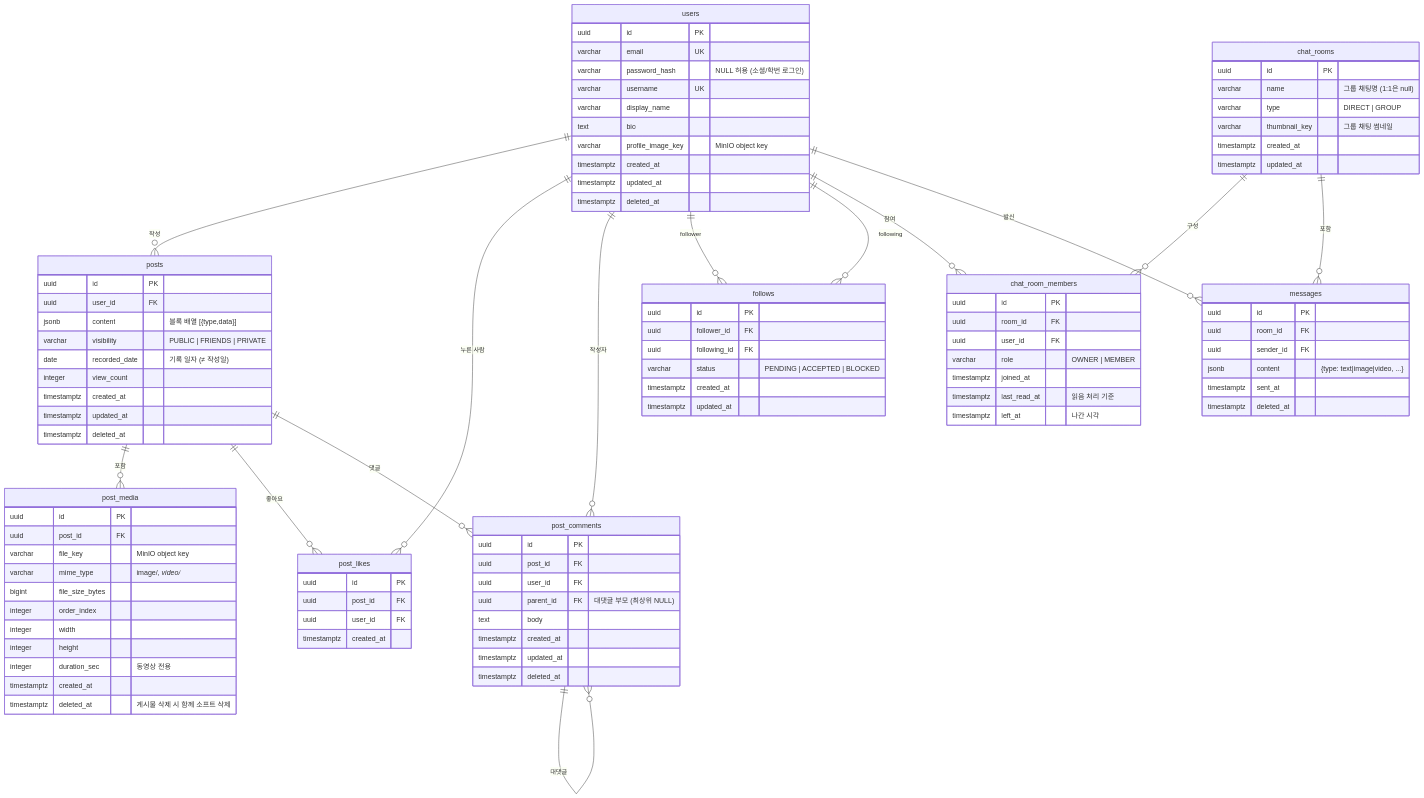
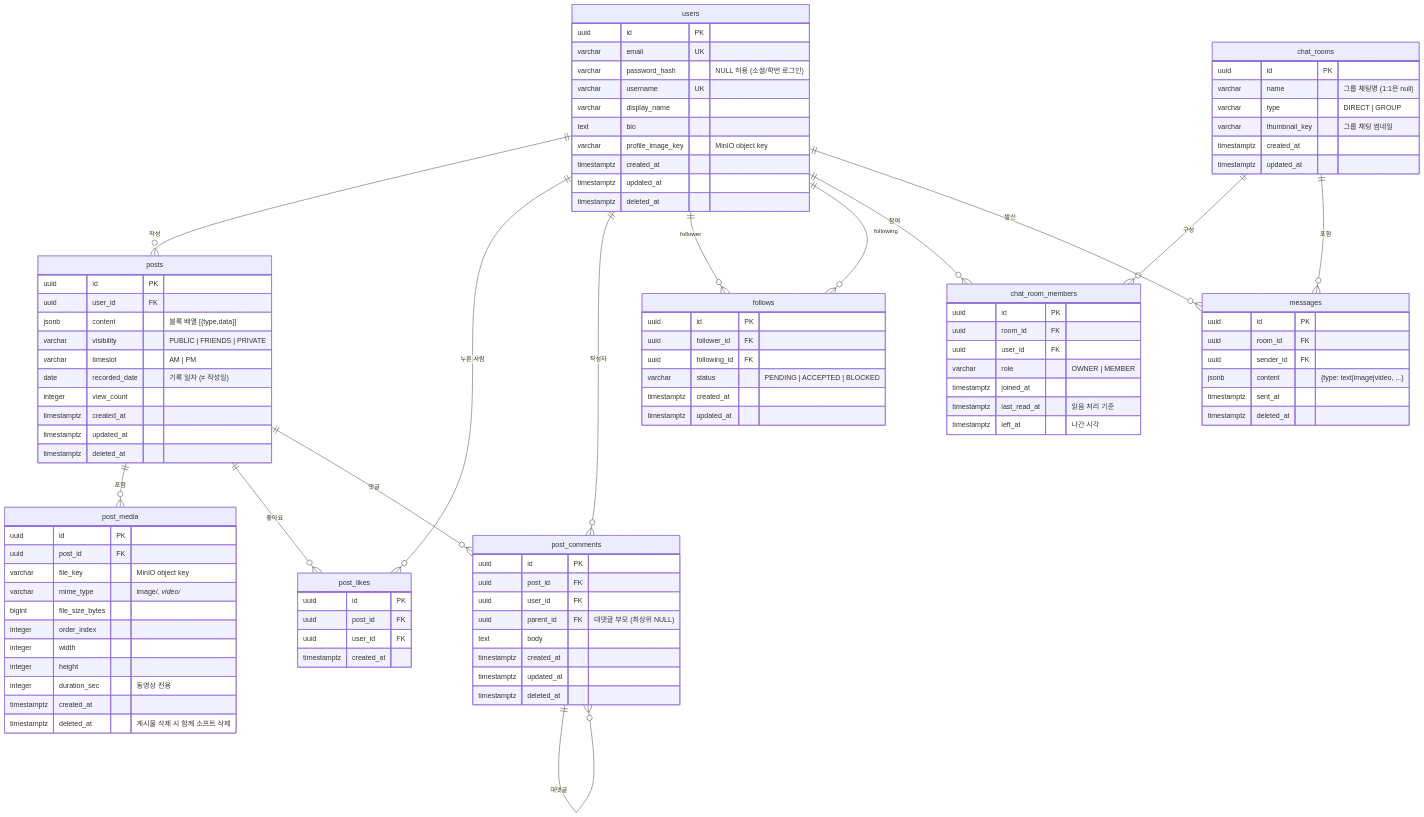
Before and after one commit to inu-appcenter/memorIN-backend: the diagram in docs/erd.md, drawn with Mermaid. The commit also changed other lines of this file and 25 other files, not shown here.

```diff
--- a/docs/erd.md
+++ b/docs/erd.md
@@ -42,6 +42,7 @@
         uuid        user_id         FK
         jsonb       content         "블록 배열 [{type,data}]"
         varchar     visibility      "PUBLIC | FRIENDS | PRIVATE"
+        varchar     timeslot        "AM | PM"
         date        recorded_date   "기록 일자 (≠ 작성일)"
         integer     view_count
         timestamptz created_at
```
